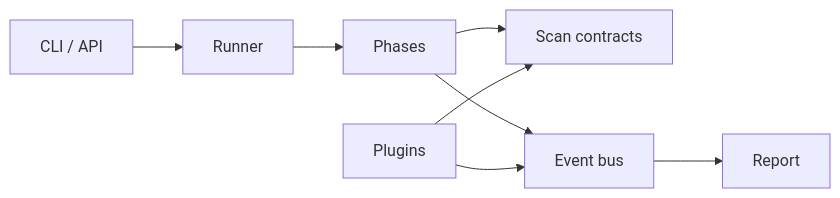
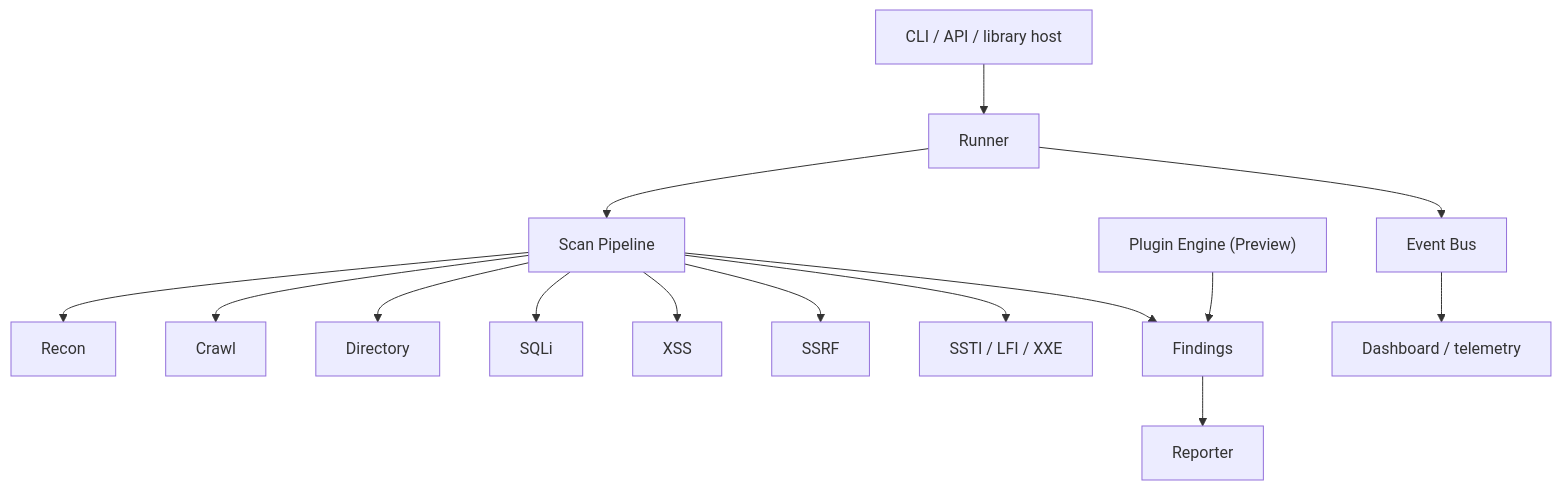
The first of 2 diagrams in README.md (ITherso/termivar), drawn with Mermaid before and after one commit. The commit also changed other lines of this file and 22 other files, not shown here.

````diff
--- a/README.md
+++ b/README.md
@@ -64,10 +23,17 @@
 ```mermaid
-flowchart LR
-    CLI[CLI / API] --> Runner
-    Runner --> Phases
-    Phases --> Contracts[Scan contracts]
-    Plugins --> Contracts
-    Phases --> Events[Event bus]
-    Plugins --> Events
-    Events --> Report
+flowchart TD
+    Host["CLI / API / library host"] --> Runner
+    Runner --> Pipeline["Scan Pipeline"]
+    Pipeline --> Recon
+    Pipeline --> Crawl
+    Pipeline --> Directory
+    Pipeline --> SQLi
+    Pipeline --> XSS
+    Pipeline --> SSRF
+    Pipeline --> More["SSTI / LFI / XXE"]
+    Pipeline --> Findings
+    Plugins["Plugin Engine (Preview)"] --> Findings
+    Runner --> Events["Event Bus"]
+    Findings --> Reporter
+    Events --> Observers["Dashboard / telemetry"]
 ```
````
